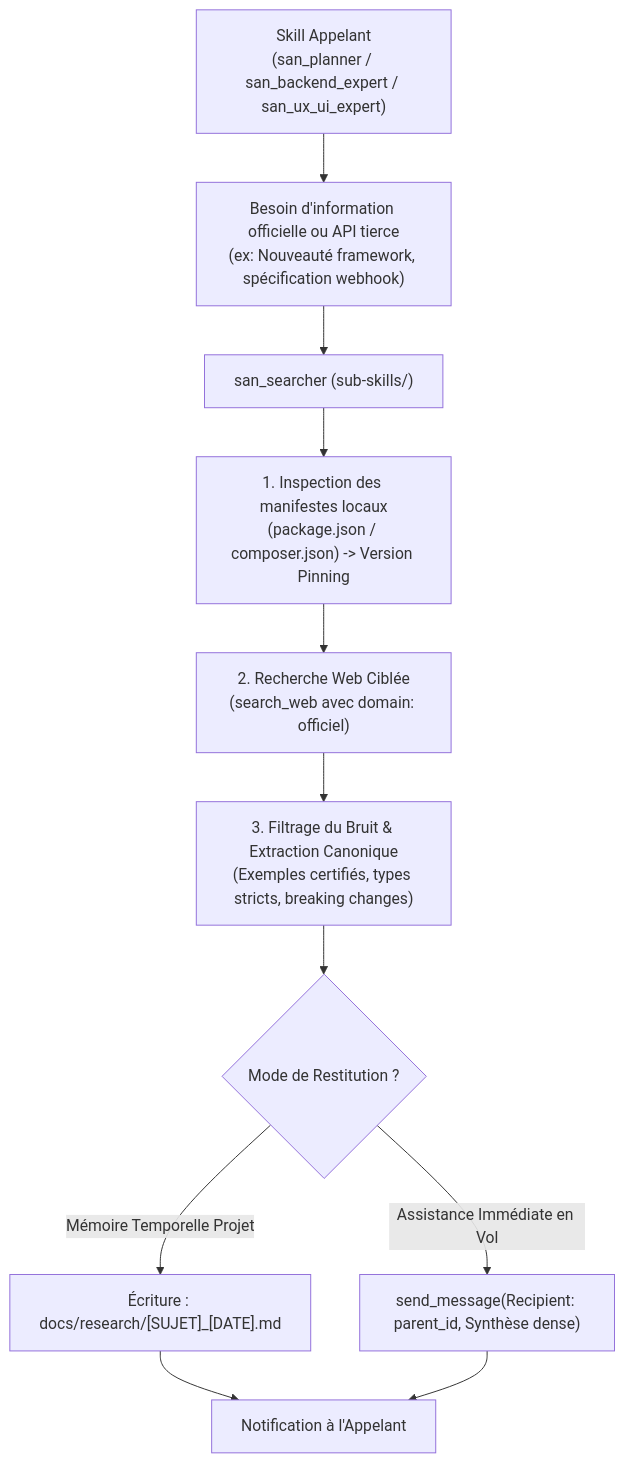
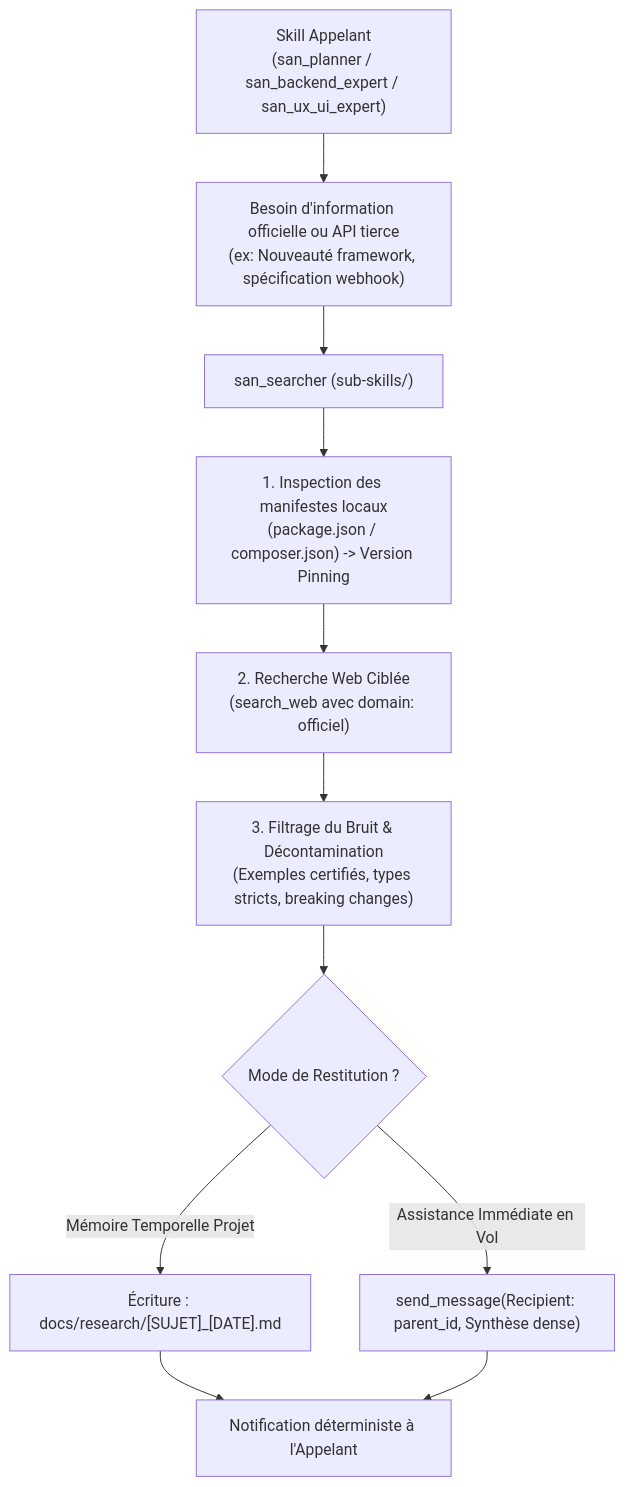
One commit to alexsan-dev/san_agy_framework changed the first of 2 diagrams in sub-skills/san_searcher.md. Above: the diagram before and after it, drawn with Mermaid. The commit also changed other lines of this file and 41 other files, not shown here.

````diff
--- a/sub-skills/san_searcher.md
+++ b/sub-skills/san_searcher.md
@@ -60,18 +62,18 @@
 ```mermaid
 flowchart TD
     Orchestrateur["Skill Appelant\n(san_planner / san_backend_expert / san_ux_ui_expert)"] --> NeedDoc["Besoin d'information officielle ou API tierce\n(ex: Nouveauté framework, spécification webhook)"]
     
     NeedDoc --> Searcher["san_searcher (sub-skills/)"]
     
     Searcher --> LocalInspect["1. Inspection des manifestes locaux\n(package.json / composer.json) -> Version Pinning"]
     LocalInspect --> WebSearch["2. Recherche Web Ciblée\n(search_web avec domain: officiel)"]
     
-    WebSearch --> Filter["3. Filtrage du Bruit & Extraction Canonique\n(Exemples certifiés, types stricts, breaking changes)"]
+    WebSearch --> Filter["3. Filtrage du Bruit & Décontamination\n(Exemples certifiés, types stricts, breaking changes)"]
     
     Filter --> OutputDecision{"Mode de Restitution ?"}
     OutputDecision -->|"Mémoire Temporelle Projet"| WriteFile["Écriture : docs/research/[SUJET]_[DATE].md"]
     OutputDecision -->|"Assistance Immédiate en Vol"| SendMsg["send_message(Recipient: parent_id, Synthèse dense)"]
     
-    WriteFile --> Finish["Notification à l'Appelant"]
+    WriteFile --> Finish["Notification déterministe à l'Appelant"]
     SendMsg --> Finish
 ```
````
